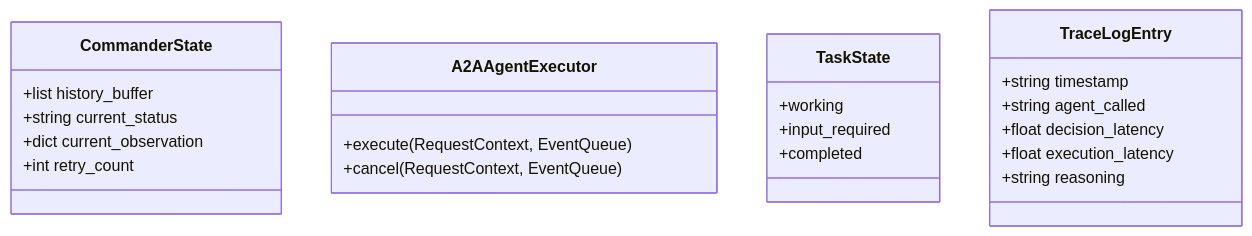
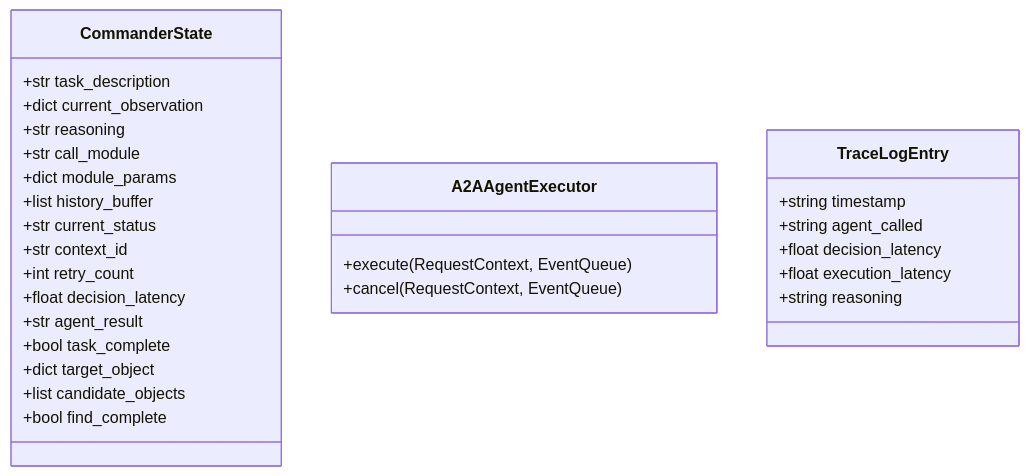
One commit to tj1125/pros_workflow changed the second of 8 diagrams in docs/spec.md. Above: the diagram before and after it, drawn with Mermaid. The commit also changed other lines of this file and 10 other files, not shown here.

Commit message:
feat: add find_node, config/, find_agent.py for on-demand object detection

````diff
--- a/docs/spec.md
+++ b/docs/spec.md
@@ -38,25 +49,31 @@
 ```mermaid
 classDiagram
   class CommanderState {
+    +str task_description
+    +dict current_observation
+    +str reasoning
+    +str call_module
+    +dict module_params
     +list history_buffer
-    +string current_status
-    +dict current_observation
+    +str current_status
+    +str context_id
     +int retry_count
+    +float decision_latency
+    +str agent_result
+    +bool task_complete
+    +dict target_object
+    +list candidate_objects
+    +bool find_complete
   }
   class A2AAgentExecutor {
     +execute(RequestContext, EventQueue)
     +cancel(RequestContext, EventQueue)
-  }
-  class TaskState {
-    +working
-    +input_required
-    +completed
   }
   class TraceLogEntry {
     +string timestamp
     +string agent_called
     +float decision_latency
     +float execution_latency
     +string reasoning
   }
 ```
````
